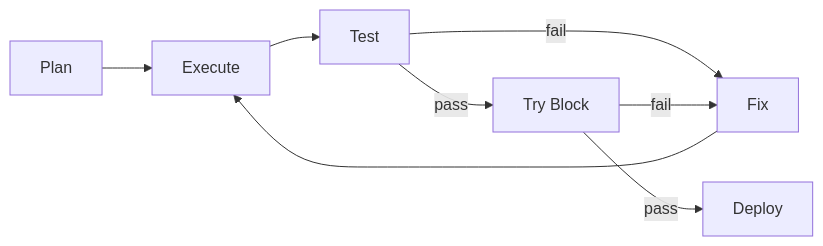
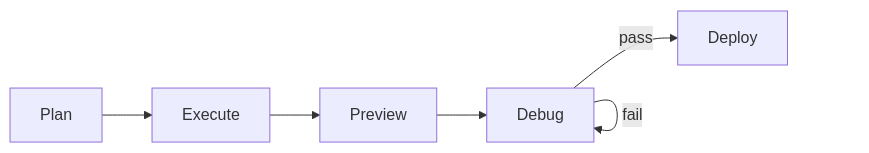
Before and after one commit to velo4705/cubicore: the diagram in docs/landing-page-prompt.md, drawn with Mermaid. The commit also changed other lines of this file and 14 other files, not shown here.

Commit message:
Rename try and fix commands to preview and debug

````diff
--- a/docs/landing-page-prompt.md
+++ b/docs/landing-page-prompt.md
@@ -114,10 +114,8 @@
 ```mermaid
 graph LR
   A[Plan] --> B[Execute]
-  B --> C[Test]
-  C -->|fail| D[Fix]
-  D --> B
-  C -->|pass| E[Try Block]
-  E -->|pass| F[Deploy]
-  E -->|fail| D
+  B --> C[Preview]
+  C --> D[Debug]
+  D -->|fail| D
+  D -->|pass| E[Deploy]
 ```
````
